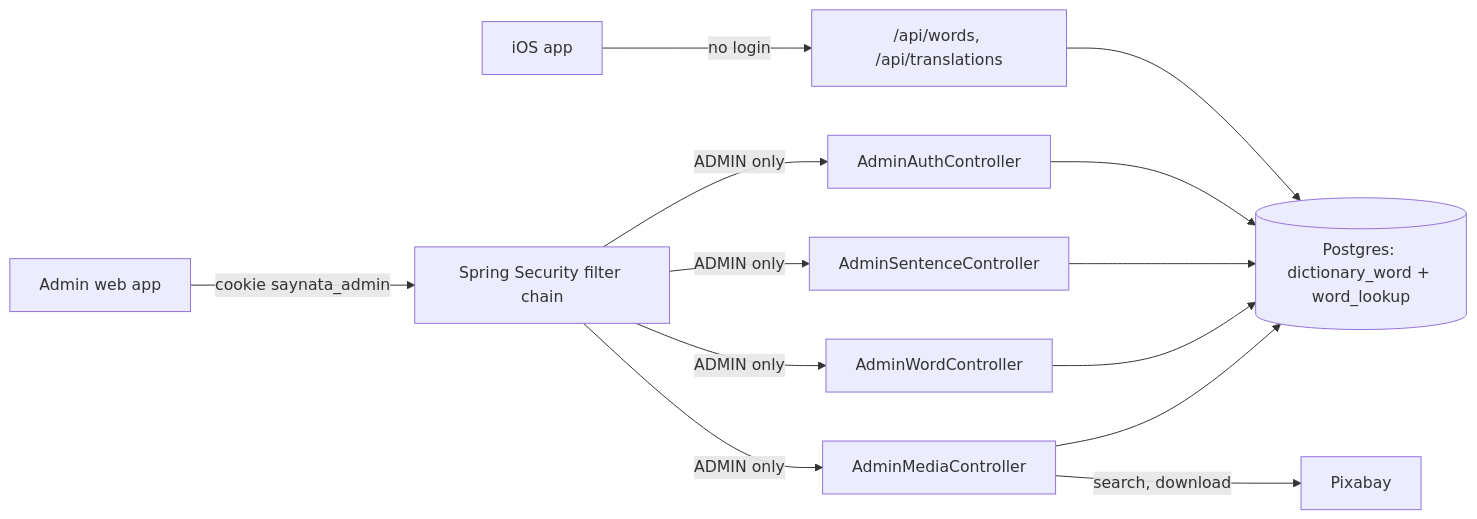
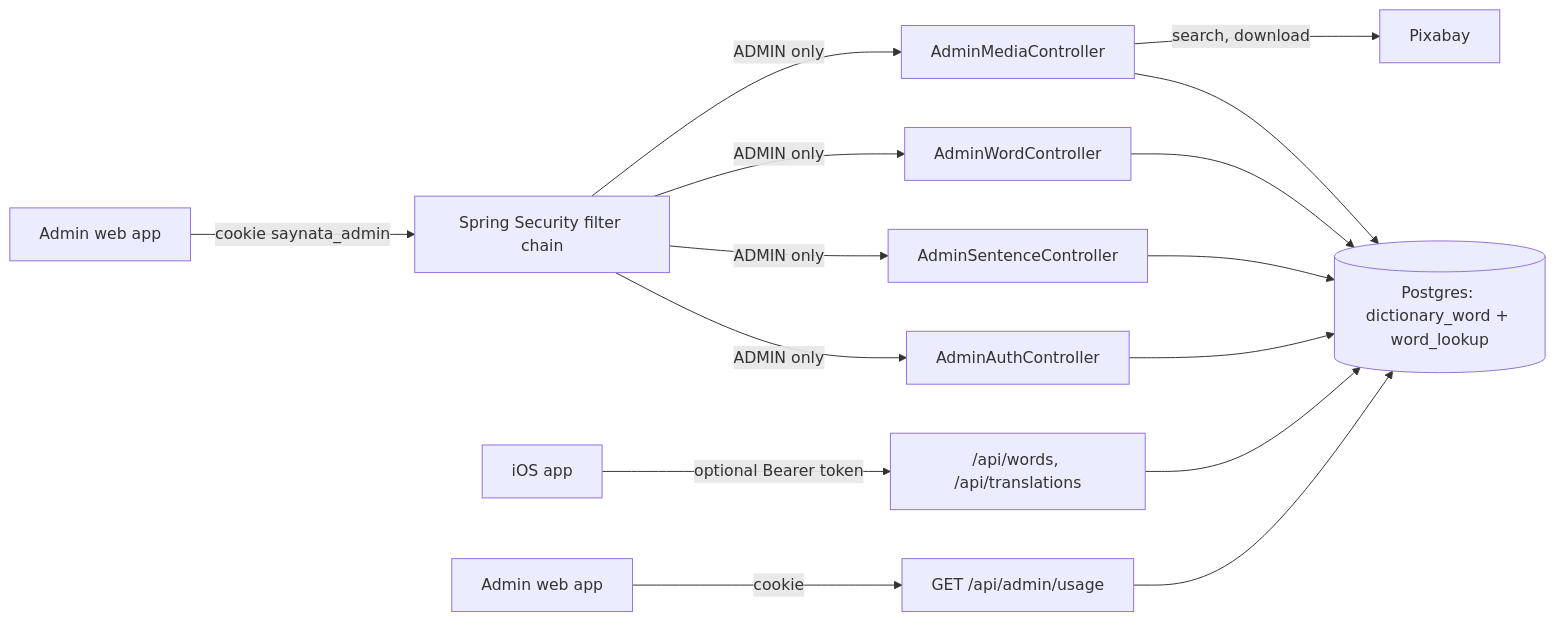
Before and after one commit to tranphuocloc070699/saynata: the first of 3 diagrams in backlog/docs/features/doc-13 - Admin-API.md, drawn with Mermaid. The commit also changed other lines of this file and 77 other files, not shown here.

````diff
--- a/backlog/docs/features/doc-13 - Admin-API.md
+++ b/backlog/docs/features/doc-13 - Admin-API.md
@@ -19,15 +19,17 @@
 ```mermaid
 flowchart LR
     WEB[Admin web app] -->|"cookie saynata_admin"| SEC[Spring Security filter chain]
     SEC -->|ADMIN only| AUTH[AdminAuthController]
     SEC -->|ADMIN only| WORDS[AdminWordController]
     SEC -->|ADMIN only| SENT[AdminSentenceController]
     SEC -->|ADMIN only| MEDIA[AdminMediaController]
     MEDIA -->|search, download| PX[Pixabay]
     MEDIA --> PG
     WORDS --> PG[(Postgres: dictionary_word + word_lookup)]
     SENT --> PG
     AUTH --> PG
-    APP[iOS app] -->|no login| PUB["/api/words, /api/translations"]
+    APP[iOS app] -->|"optional Bearer token"| PUB["/api/words, /api/translations"]
     PUB --> PG
+    ADM2[Admin web app] -->|"cookie"| USAGE["GET /api/admin/usage"]
+    USAGE --> PG
 ```
````
